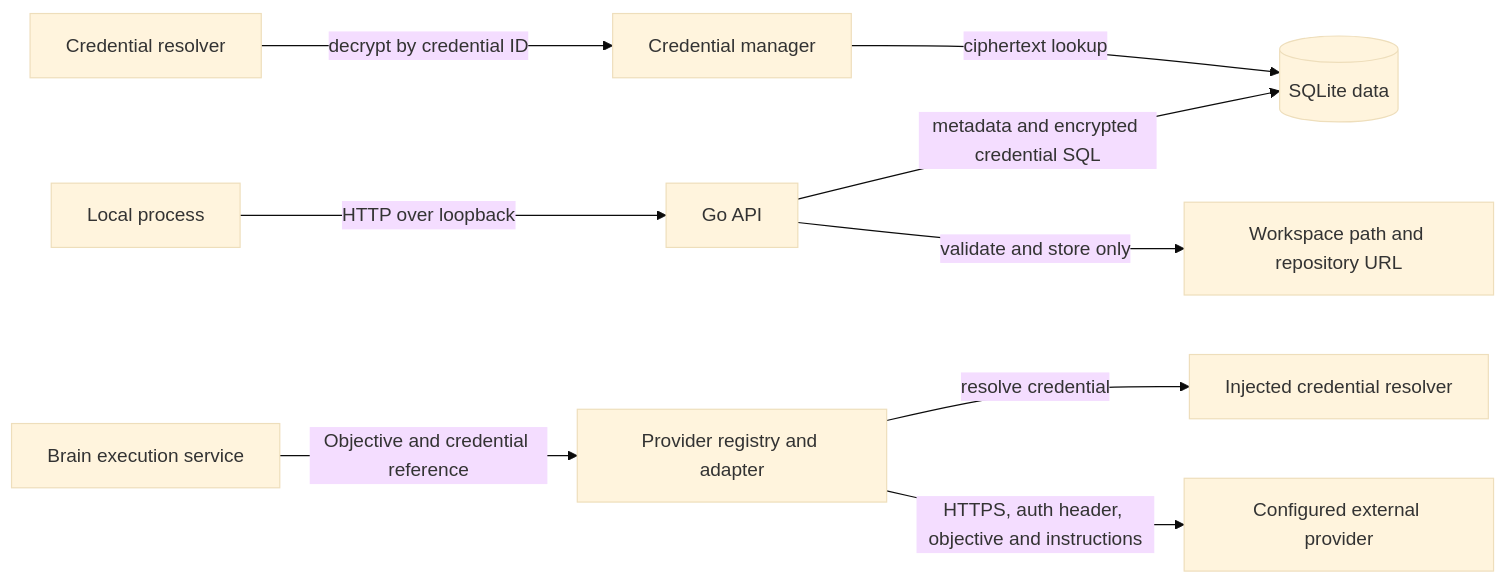
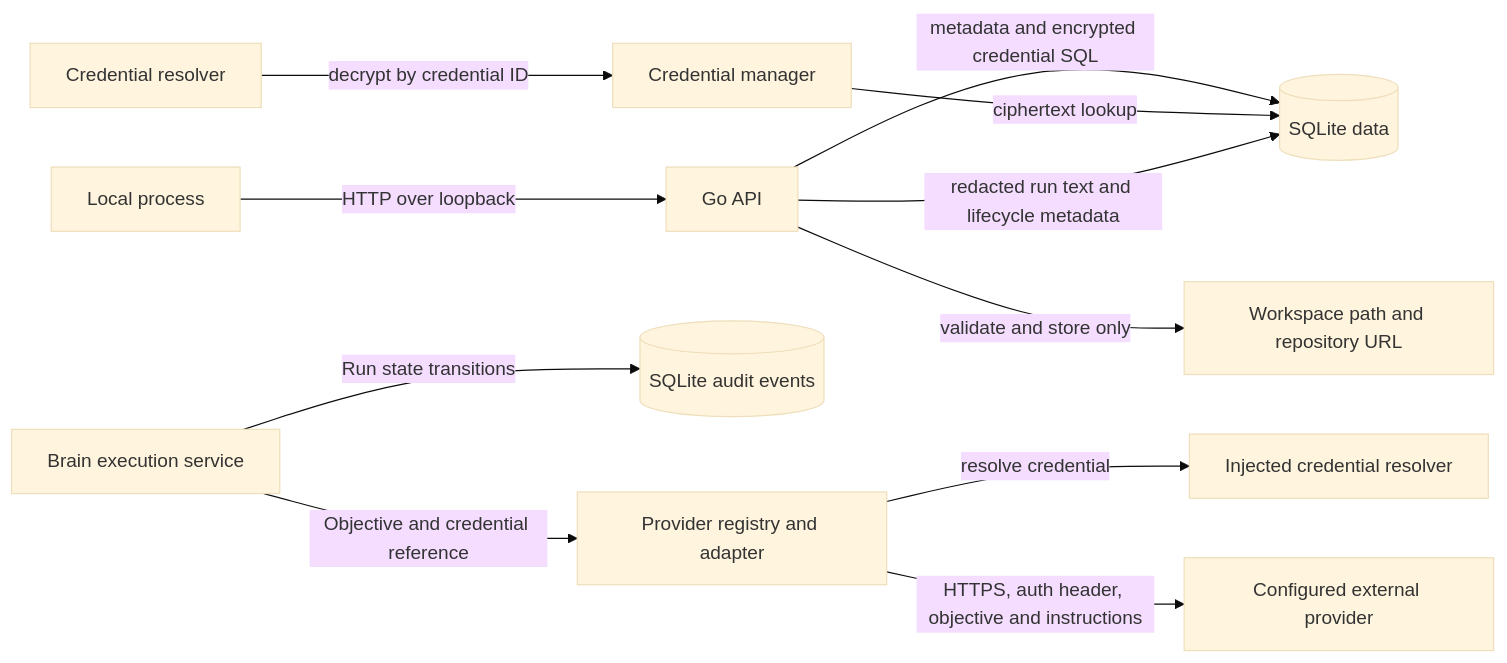
The diagram in THREAT_MODEL.md (Hangell/boAIrd), drawn with Mermaid (base theme) before and after one commit. The commit also changed other lines of this file and 20 other files, not shown here.

````diff
--- a/THREAT_MODEL.md
+++ b/THREAT_MODEL.md
@@ -36,11 +37,13 @@
 ```mermaid
 flowchart LR
   Local[Local process] -->|HTTP over loopback| API[Go API]
   API -->|metadata and encrypted credential SQL| DB[(SQLite data)]
   Runtime[Credential resolver] -->|decrypt by credential ID| Vault[Credential manager]
   Vault -->|ciphertext lookup| DB
   API -->|validate and store only| Meta[Workspace path and repository URL]
-  Brain[Brain execution service] -->|Objective and credential reference| Registry[Provider registry and adapter]
+  Brain[Brain execution service] -->|Run state transitions| Audit[(SQLite audit events)]
+  Brain -->|Objective and credential reference| Registry[Provider registry and adapter]
   Registry -->|resolve credential| Resolver[Injected credential resolver]
   Registry -->|HTTPS, auth header, objective and instructions| Vendor[Configured external provider]
+  API -->|redacted run text and lifecycle metadata| DB
 ```
````
